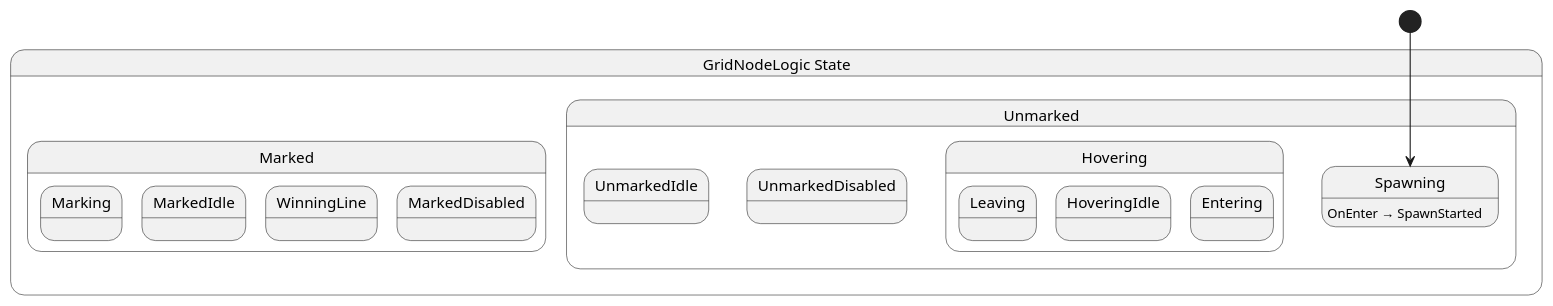
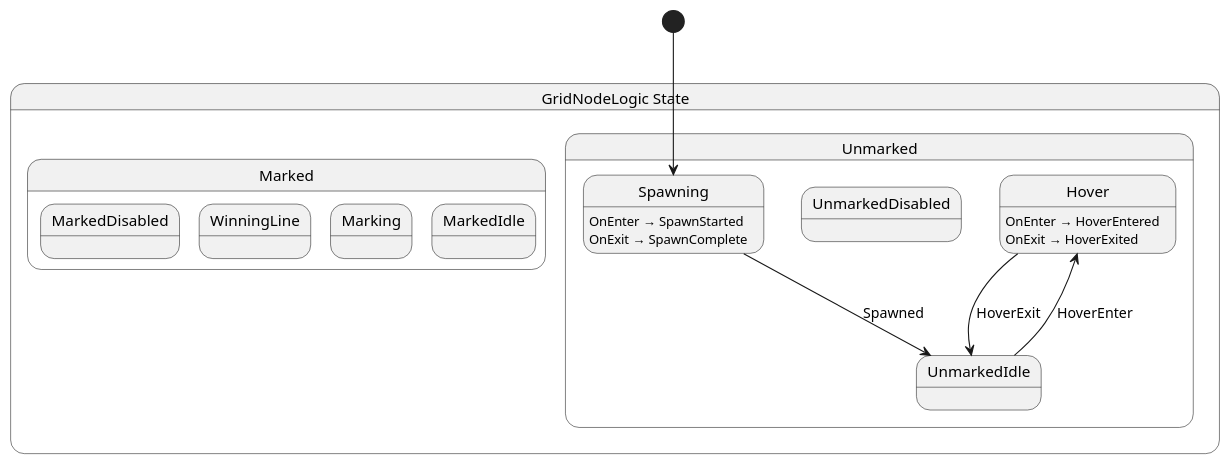
One commit to stranne/Vertex changed the diagram in src/GridNode/State/GridNodeLogic.g.puml. Above: the diagram before and after it, drawn with PlantUML. The commit also changed 18 other files, not shown here.

Commit message:
Add hover animation to GridNode

```diff
--- a/src/GridNode/State/GridNodeLogic.g.puml
+++ b/src/GridNode/State/GridNodeLogic.g.puml
@@ -1,23 +1,27 @@
 @startuml GridNodeLogic
 state "GridNodeLogic State" as Vertex_GridNode_State_GridNodeLogic_State {
+  state "Unmarked" as Vertex_GridNode_State_GridNodeLogic_State_Unmarked {
+    state "Hover" as Vertex_GridNode_State_GridNodeLogic_State_Hover
+    state "UnmarkedDisabled" as Vertex_GridNode_State_GridNodeLogic_State_UnmarkedDisabled
+    state "UnmarkedIdle" as Vertex_GridNode_State_GridNodeLogic_State_UnmarkedIdle
+    state "Spawning" as Vertex_GridNode_State_GridNodeLogic_State_Spawning
+  }
   state "Marked" as Vertex_GridNode_State_GridNodeLogic_State_Marked {
+    state "MarkedDisabled" as Vertex_GridNode_State_GridNodeLogic_State_MarkedDisabled
+    state "WinningLine" as Vertex_GridNode_State_GridNodeLogic_State_WinningLine
     state "Marking" as Vertex_GridNode_State_GridNodeLogic_State_Marking
     state "MarkedIdle" as Vertex_GridNode_State_GridNodeLogic_State_MarkedIdle
-    state "WinningLine" as Vertex_GridNode_State_GridNodeLogic_State_WinningLine
-    state "MarkedDisabled" as Vertex_GridNode_State_GridNodeLogic_State_MarkedDisabled
-  }
-  state "Unmarked" as Vertex_GridNode_State_GridNodeLogic_State_Unmarked {
-    state "Spawning" as Vertex_GridNode_State_GridNodeLogic_State_Spawning
-    state "Hovering" as Vertex_GridNode_State_GridNodeLogic_State_Hovering {
-      state "Leaving" as Vertex_GridNode_State_GridNodeLogic_State_Leaving
-      state "HoveringIdle" as Vertex_GridNode_State_GridNodeLogic_State_HoveringIdle
-      state "Entering" as Vertex_GridNode_State_GridNodeLogic_State_Entering
-    }
-    state "UnmarkedDisabled" as Vertex_GridNode_State_GridNodeLogic_State_UnmarkedDisabled
-    state "UnmarkedIdle" as Vertex_GridNode_State_GridNodeLogic_State_UnmarkedIdle
   }
 }
+
+Vertex_GridNode_State_GridNodeLogic_State_Hover --> Vertex_GridNode_State_GridNodeLogic_State_UnmarkedIdle : HoverExit
+Vertex_GridNode_State_GridNodeLogic_State_Spawning --> Vertex_GridNode_State_GridNodeLogic_State_UnmarkedIdle : Spawned
+Vertex_GridNode_State_GridNodeLogic_State_UnmarkedIdle --> Vertex_GridNode_State_GridNodeLogic_State_Hover : HoverEnter
+
+Vertex_GridNode_State_GridNodeLogic_State_Hover : OnEnter → HoverEntered
+Vertex_GridNode_State_GridNodeLogic_State_Hover : OnExit → HoverExited
 Vertex_GridNode_State_GridNodeLogic_State_Spawning : OnEnter → SpawnStarted
+Vertex_GridNode_State_GridNodeLogic_State_Spawning : OnExit → SpawnComplete
 
 [*] --> Vertex_GridNode_State_GridNodeLogic_State_Spawning
 @enduml
```
